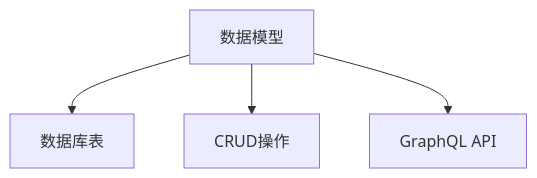
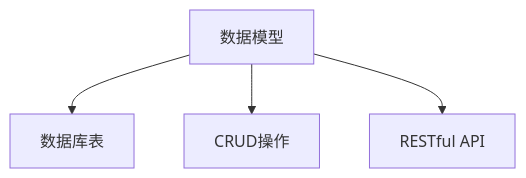
The second of 7 diagrams in docs/platform-paradigm.md (HeChuQIU/RuYi), drawn with Mermaid before and after one commit. The commit also changed other lines of this file and 6 other files, not shown here.

First line of the commit message:
更新技术栈和文档：迁移到 vue-admin-better 和 RESTful API

````diff
--- a/docs/platform-paradigm.md
+++ b/docs/platform-paradigm.md
@@ -52,6 +52,6 @@
 ```mermaid
 graph TB
     Model[数据模型] --> Table[数据库表]
     Model --> CRUD[CRUD操作]
-    Model --> API[GraphQL API]
+    Model --> API[RESTful API]
 ```
````
